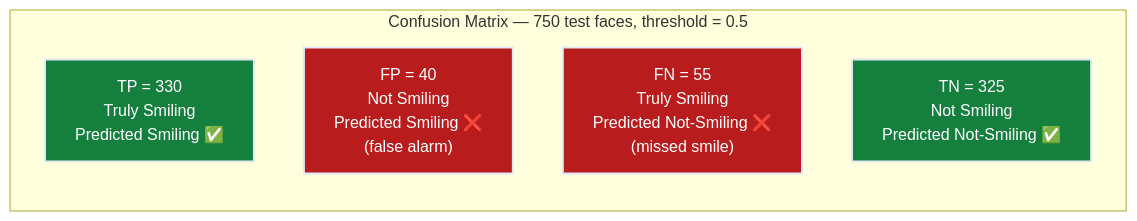
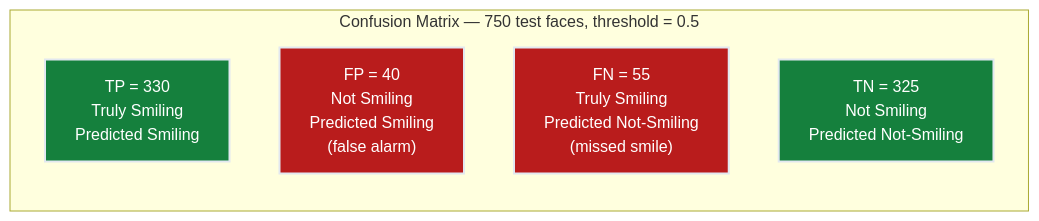
One commit to dsgouda7/ai-portfolio changed the fifth of 5 diagrams in notes/01-ml/02-classification/ch01_logistic_regression/README.md. Above: the diagram before and after it, drawn with Mermaid. The commit also changed other lines of this file and 179 other files, not shown here.

````diff
--- a/notes/01-ml/02-classification/ch01_logistic_regression/README.md
+++ b/notes/01-ml/02-classification/ch01_logistic_regression/README.md
@@ -780,13 +780,13 @@
 ```mermaid
 graph LR
-    subgraph CM ["Confusion Matrix — 750 test faces, threshold = 0.5"]
-        TP["TP = 330\nTruly Smiling\nPredicted Smiling ✅"]
-        FP["FP = 40\nNot Smiling\nPredicted Smiling ❌\n(false alarm)"]
-        FN["FN = 55\nTruly Smiling\nPredicted Not-Smiling ❌\n(missed smile)"]
-        TN["TN = 325\nNot Smiling\nPredicted Not-Smiling ✅"]
-    end
-    style TP fill:#15803d,stroke:#e2e8f0,stroke-width:2px,color:#ffffff
-    style TN fill:#15803d,stroke:#e2e8f0,stroke-width:2px,color:#ffffff
-    style FP fill:#b91c1c,stroke:#e2e8f0,stroke-width:2px,color:#ffffff
-    style FN fill:#b91c1c,stroke:#e2e8f0,stroke-width:2px,color:#ffffff
+ subgraph CM ["Confusion Matrix — 750 test faces, threshold = 0.5"]
+ TP["TP = 330\nTruly Smiling\nPredicted Smiling "]
+ FP["FP = 40\nNot Smiling\nPredicted Smiling \n(false alarm)"]
+ FN["FN = 55\nTruly Smiling\nPredicted Not-Smiling \n(missed smile)"]
+ TN["TN = 325\nNot Smiling\nPredicted Not-Smiling "]
+ end
+ style TP fill:#15803d,stroke:#e2e8f0,stroke-width:2px,color:#ffffff
+ style TN fill:#15803d,stroke:#e2e8f0,stroke-width:2px,color:#ffffff
+ style FP fill:#b91c1c,stroke:#e2e8f0,stroke-width:2px,color:#ffffff
+ style FN fill:#b91c1c,stroke:#e2e8f0,stroke-width:2px,color:#ffffff
 ```
````
